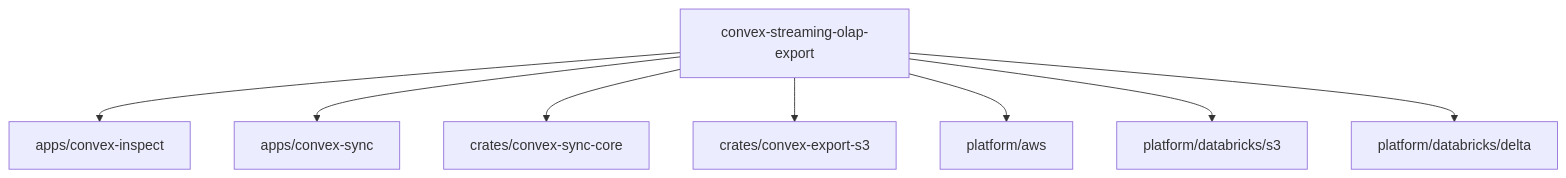
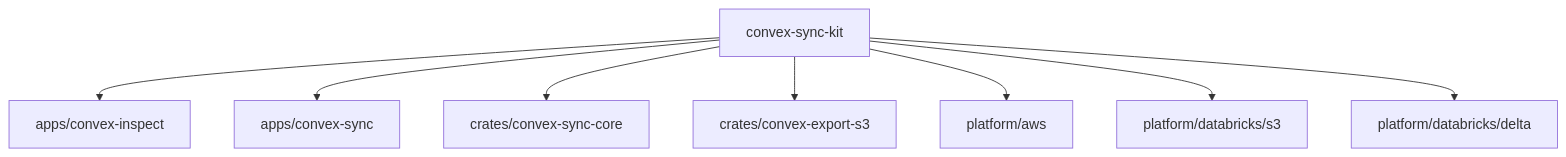
Before and after one commit to shpitdev/convex-streaming-olap-export: the first of 2 diagrams in README.md, drawn with Mermaid. The commit also changed other lines of this file and 29 other files, not shown here.

````diff
--- a/README.md
+++ b/README.md
@@ -23,18 +23,18 @@
 ```mermaid
 flowchart TD
-  Root[convex-streaming-olap-export]
+  Root[convex-sync-kit]
   Inspect[apps/convex-inspect]
   CLI[apps/convex-sync]
   Core[crates/convex-sync-core]
   S3[crates/convex-export-s3]
   AWS[platform/aws]
   DBS3[platform/databricks/s3]
   DBN[platform/databricks/delta]
   Root --> Inspect
   Root --> CLI
   Root --> Core
   Root --> S3
   Root --> AWS
   Root --> DBS3
   Root --> DBN
 ```
````
